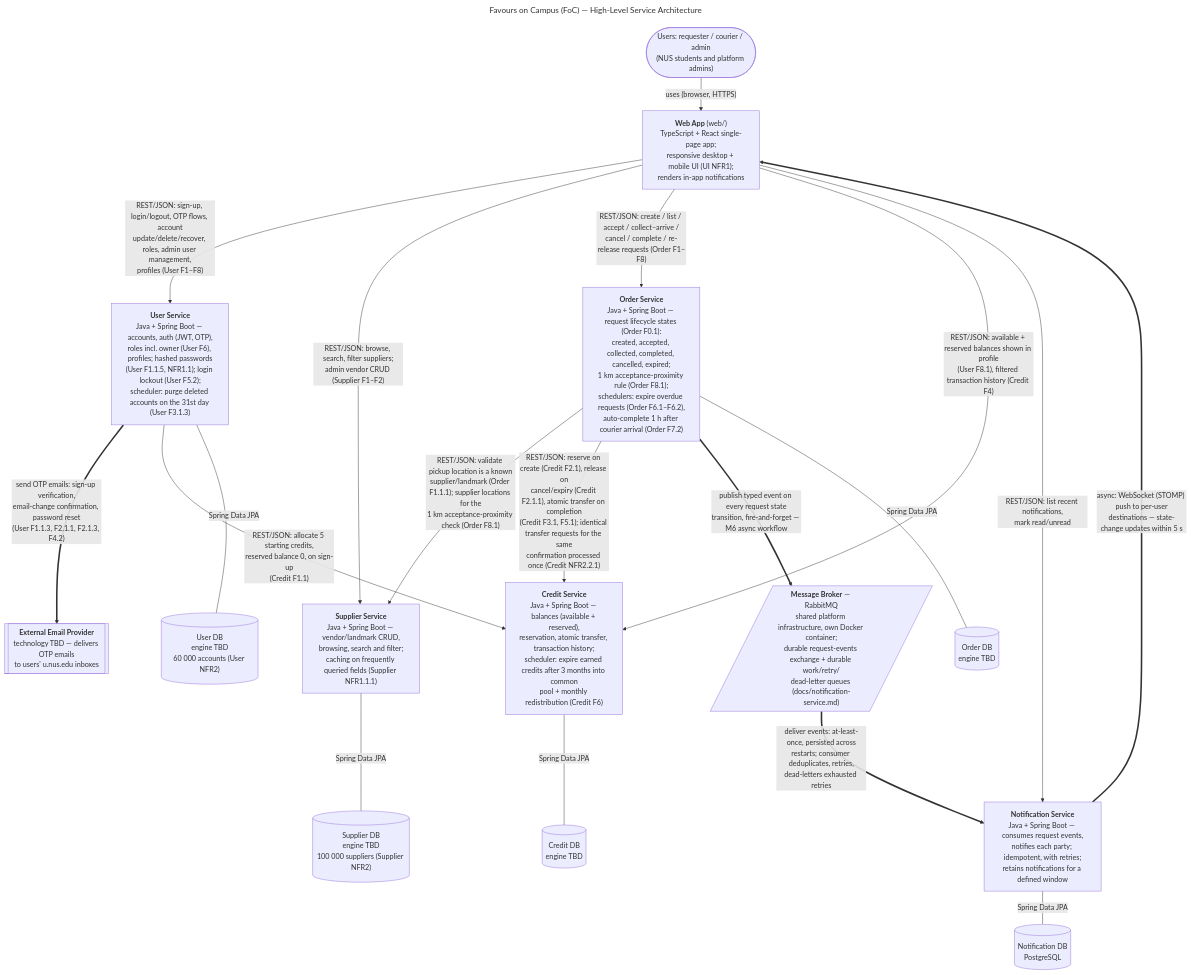
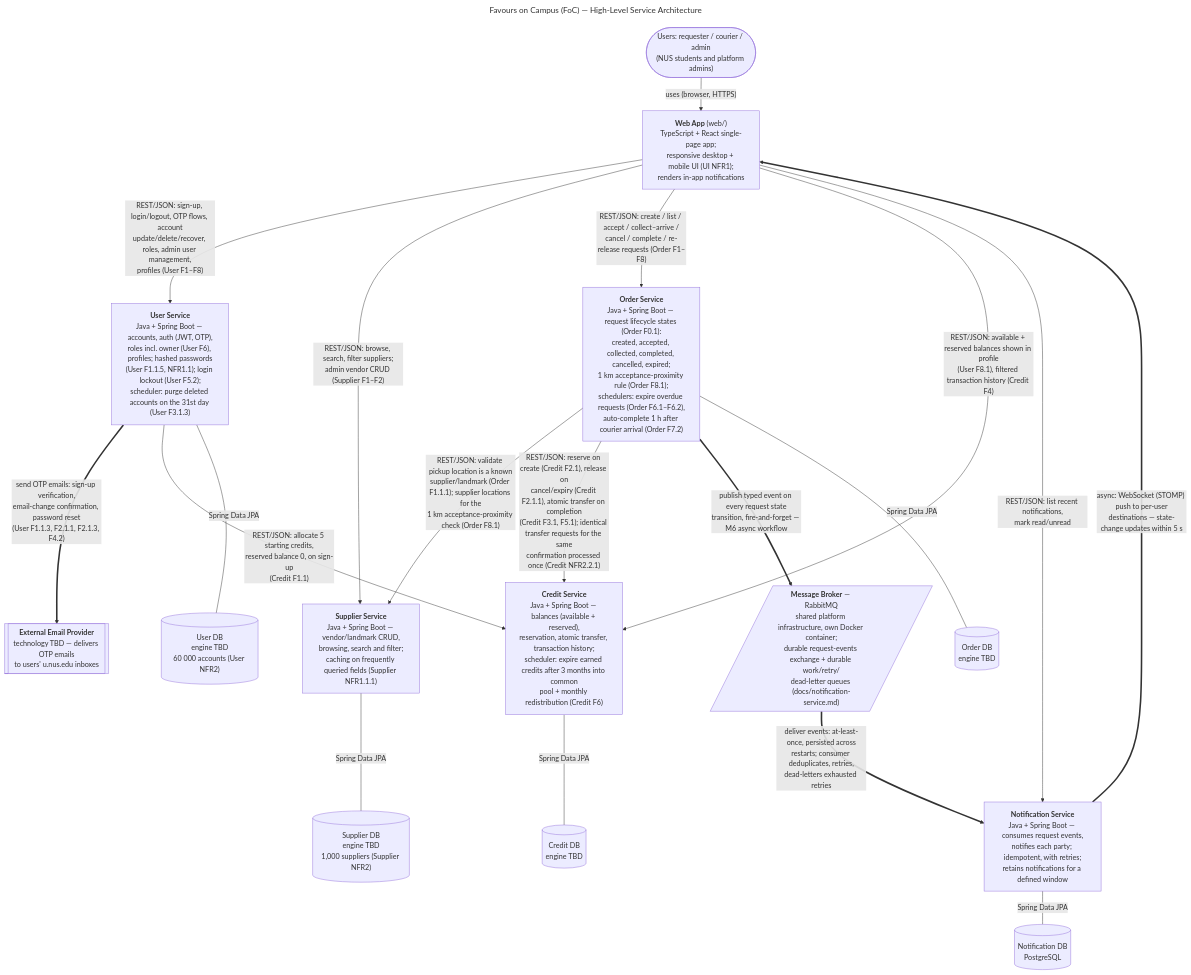
One commit to AY2627S1-CS3219-P23/foc changed the diagram in docs/architecture.mmd. Above: the diagram before and after it, drawn with Mermaid. The commit also changed 2 other files, not shown here.

Commit message:
docs: reduce Supplier Service capacity from 100,000 to 1,000 suppliers

```diff
--- a/docs/architecture.mmd
+++ b/docs/architecture.mmd
@@ -1,51 +1,54 @@
 ---
 title: "Favours on Campus (FoC) — High-Level Service Architecture"
 ---
 %% AI-assisted (CS3219 AI Usage Policy disclosure):
-%% Tool: Claude Code (Fable 5), 2026-09-14 – 2026-09-21.
+%% Tool: Claude Code (Fable 5), 2026-09-14 – 2026-09-21; revised
+%% 2026-09-27 (Claude Code, Sonnet 5).
 %% Scope: transcribed the team-decided architecture (AGENTS.md service
 %% boundaries + D1 requirements) into this diagram and kept it aligned
 %% with the backlog and the team's design decisions (recorded in
 %% docs/architecture.md and docs/notification-service.md). No design
 %% decisions were made by the tool; open decisions are marked "TBD".
+%% 2026-09-27: Supplier DB capacity label updated 100,000 -> 1,000 to
+%% match the team's revised NFR2.1 (docs/supplier-service.md, D7).
 %% Reviewed by: Leong Wei Zhi (via pull request).
 %% Legend and dependency table: see docs/architecture.md
 flowchart TB
     USERS(["Users: requester / courier / admin<br/>(NUS students and platform admins)"])
     WEB["<b>Web App</b> (web/)<br/>TypeScript + React single-page app;<br/>responsive desktop + mobile UI (UI NFR1);<br/>renders in-app notifications"]
 
     USERS -->|"uses (browser, HTTPS)"| WEB
 
     USER_SVC["<b>User Service</b><br/>Java + Spring Boot — accounts, auth (JWT, OTP),<br/>roles incl. owner (User F6), profiles; hashed passwords<br/>(User F1.1.5, NFR1.1); login lockout (User F5.2);<br/>scheduler: purge deleted accounts on the 31st day (User F3.1.3)"]
     SUP_SVC["<b>Supplier Service</b><br/>Java + Spring Boot — vendor/landmark CRUD,<br/>browsing, search and filter;<br/>caching on frequently queried fields (Supplier NFR1.1.1)"]
     ORDER_SVC["<b>Order Service</b><br/>Java + Spring Boot — request lifecycle states (Order F0.1):<br/>created, accepted, collected, completed, cancelled, expired;<br/>1 km acceptance-proximity rule (Order F8.1);<br/>schedulers: expire overdue requests (Order F6.1–F6.2),<br/>auto-complete 1 h after courier arrival (Order F7.2)"]
     CREDIT_SVC["<b>Credit Service</b><br/>Java + Spring Boot — balances (available + reserved),<br/>reservation, atomic transfer, transaction history;<br/>scheduler: expire earned credits after 3 months into common<br/>pool + monthly redistribution (Credit F6)"]
     NOTIF_SVC["<b>Notification Service</b><br/>Java + Spring Boot — consumes request events,<br/>notifies each party; idempotent, with retries;<br/>retains notifications for a defined window"]
     BROKER[/"<b>Message Broker</b> — RabbitMQ<br/>shared platform infrastructure, own Docker container;<br/>durable request-events exchange + durable work/retry/<br/>dead-letter queues (docs/notification-service.md)"/]
     EMAIL[["<b>External Email Provider</b><br/>technology TBD — delivers OTP emails<br/>to users' u.nus.edu inboxes"]]
 
     WEB -->|"REST/JSON: sign-up, login/logout, OTP flows, account<br/>update/delete/recover, roles, admin user management,<br/>profiles (User F1–F8)"| USER_SVC
     WEB -->|"REST/JSON: browse, search, filter suppliers;<br/>admin vendor CRUD (Supplier F1–F2)"| SUP_SVC
     WEB -->|"REST/JSON: create / list / accept / collect–arrive /<br/>cancel / complete / re-release requests (Order F1–F8)"| ORDER_SVC
     WEB -->|"REST/JSON: available + reserved balances shown in profile<br/>(User F8.1), filtered transaction history (Credit F4)"| CREDIT_SVC
     WEB -->|"REST/JSON: list recent notifications,<br/>mark read/unread"| NOTIF_SVC
     NOTIF_SVC ==>|"async: WebSocket (STOMP) push to per-user<br/>destinations — state-change updates within 5 s"| WEB
 
     USER_SVC ==>|"send OTP emails: sign-up verification,<br/>email-change confirmation, password reset<br/>(User F1.1.3, F2.1.1, F2.1.3, F4.2)"| EMAIL
     USER_SVC -->|"REST/JSON: allocate 5 starting credits,<br/>reserved balance 0, on sign-up<br/>(Credit F1.1)"| CREDIT_SVC
     ORDER_SVC -->|"REST/JSON: validate pickup location is a known<br/>supplier/landmark (Order F1.1.1); supplier locations for the<br/>1 km acceptance-proximity check (Order F8.1)"| SUP_SVC
     ORDER_SVC -->|"REST/JSON: reserve on create (Credit F2.1), release on<br/>cancel/expiry (Credit F2.1.1), atomic transfer on completion<br/>(Credit F3.1, F5.1); identical transfer requests for the same<br/>confirmation processed once (Credit NFR2.2.1)"| CREDIT_SVC
     ORDER_SVC ==>|"publish typed event on every request state<br/>transition, fire-and-forget — M6 async workflow"| BROKER
     BROKER ==>|"deliver events: at-least-once, persisted across<br/>restarts; consumer deduplicates, retries,<br/>dead-letters exhausted retries"| NOTIF_SVC
 
     USER_DB[("User DB<br/>engine TBD<br/>60 000 accounts (User NFR2)")]
-    SUP_DB[("Supplier DB<br/>engine TBD<br/>100 000 suppliers (Supplier NFR2)")]
+    SUP_DB[("Supplier DB<br/>engine TBD<br/>1,000 suppliers (Supplier NFR2)")]
     ORDER_DB[("Order DB<br/>engine TBD")]
     CREDIT_DB[("Credit DB<br/>engine TBD")]
     NOTIF_DB[("Notification DB<br/>PostgreSQL")]
 
     USER_SVC ---|"Spring Data JPA"| USER_DB
     SUP_SVC ---|"Spring Data JPA"| SUP_DB
     ORDER_SVC ---|"Spring Data JPA"| ORDER_DB
     CREDIT_SVC ---|"Spring Data JPA"| CREDIT_DB
     NOTIF_SVC ---|"Spring Data JPA"| NOTIF_DB
```
